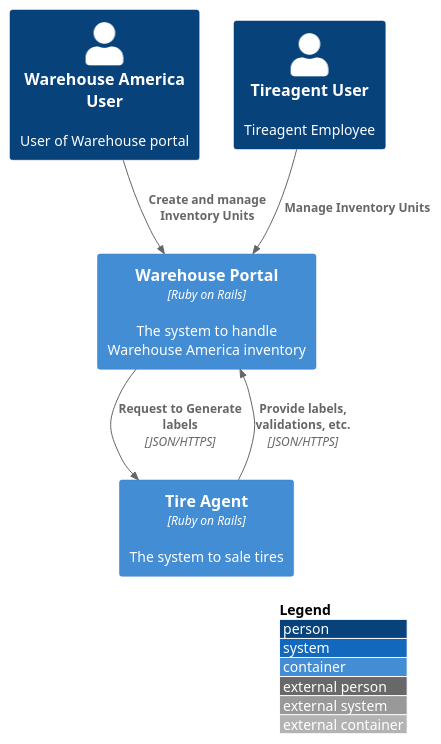
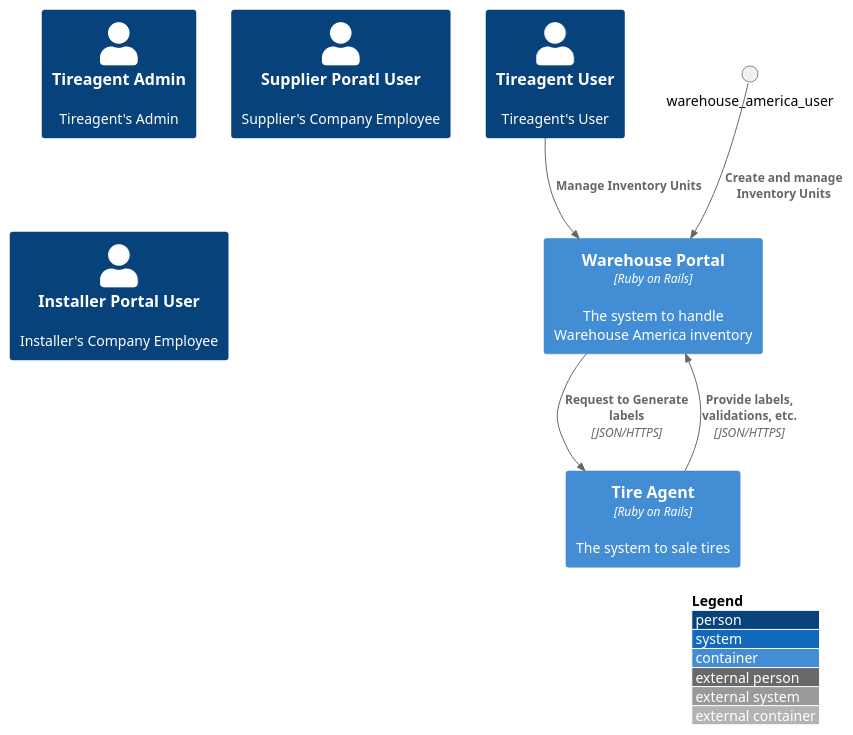
Before and after one commit to artsiomivanets/docs: the diagram in src/1.7 Diagrams for TireAgent Warehouse Portal/1.7.1 Context Diagram/context.puml, drawn with PlantUML. The commit also changed 22 other files, not shown here.

```diff
--- a/src/1.7 Diagrams for TireAgent Warehouse Portal/1.7.1 Context Diagram/context.puml
+++ b/src/1.7 Diagrams for TireAgent Warehouse Portal/1.7.1 Context Diagram/context.puml
@@ -1,18 +1,20 @@
 @startuml
 !include https://raw.githubusercontent.com/adrianvlupu/C4-PlantUML/latest/C4_Container.puml
 
 LAYOUT_WITH_LEGEND()
 
-Person(warehouse_america_user, "Warehouse America User", "User of Warehouse portal")
-Person(tireagent_user, "Tireagent User", "Tireagent Employee")
+Person(tireagent_user, "Tireagent User", "Tireagent's User")
+Person(tireagent_admin, "Tireagent Admin", "Tireagent's Admin")
+Person(supplier_portal_user, "Supplier Poratl User", "Supplier's Company Employee")
+Person(isntaller_portal_user, "Installer Portal User", "Installer's Company Employee")
 
 Container(warehouse_portal, "Warehouse Portal", "Ruby on Rails", "The system to handle Warehouse America inventory")
 Container(tireagent, "Tire Agent", "Ruby on Rails", "The system to sale tires")
 
 Rel(warehouse_america_user, warehouse_portal, "Create and manage Inventory Units")
 Rel(tireagent_user, warehouse_portal, "Manage Inventory Units")
 
 Rel(tireagent, warehouse_portal, "Provide labels, validations, etc.", "JSON/HTTPS")
 Rel(warehouse_portal, tireagent, "Request to Generate labels", "JSON/HTTPS")
 
 @enduml
```
